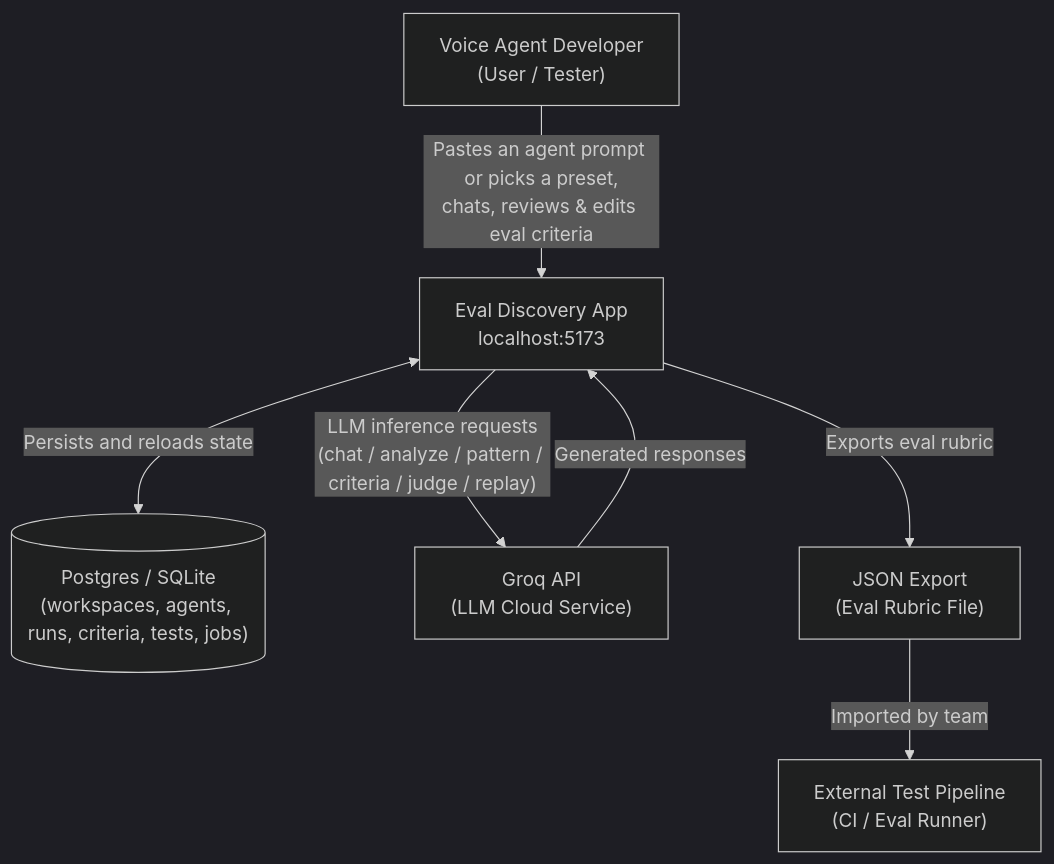
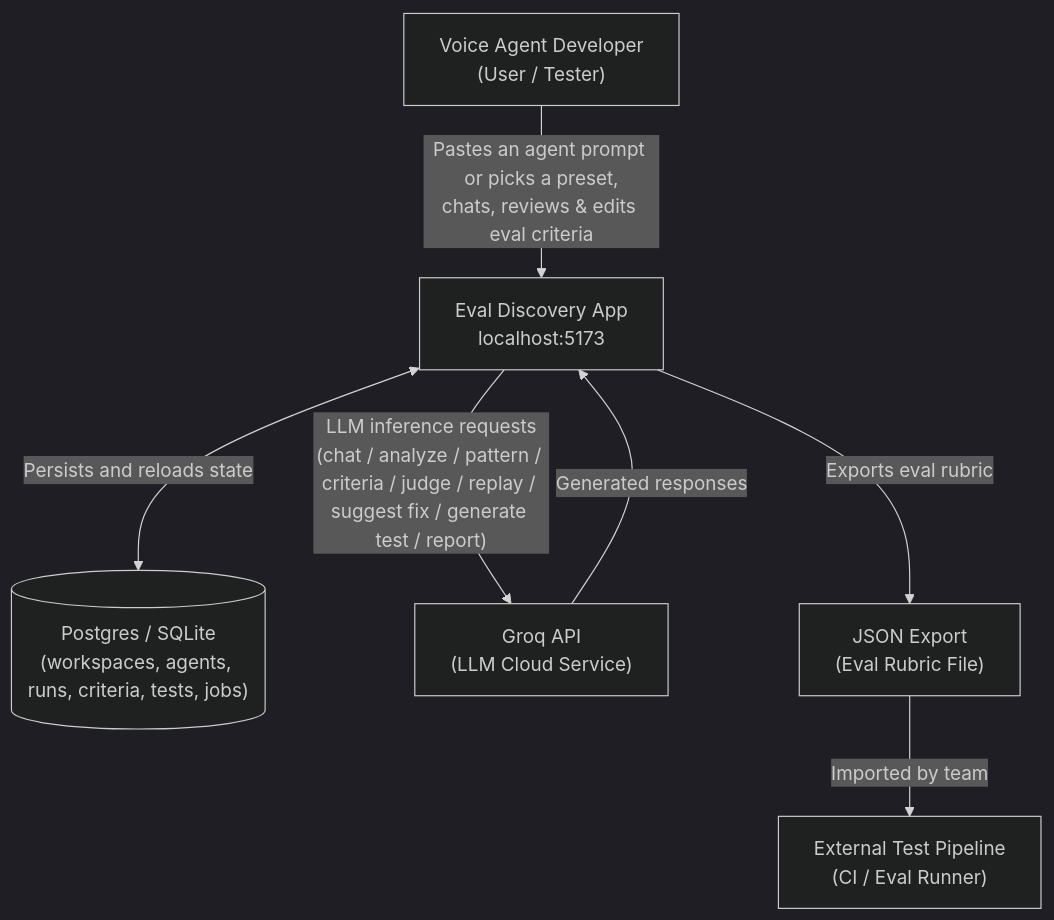
The first of 8 diagrams in docs/ARCHITECTURE.md (harikrshm/Eval-Discovery), drawn with Mermaid (dark theme) before and after one commit. The commit also changed other lines of this file and 1 other file, not shown here.

````diff
--- a/docs/ARCHITECTURE.md
+++ b/docs/ARCHITECTURE.md
@@ -48,16 +49,16 @@
 ```mermaid
 graph TB
     Dev["Voice Agent Developer<br/>(User / Tester)"]
     System["Eval Discovery App<br/>localhost:5173"]
     DB[("Postgres / SQLite<br/>(workspaces, agents, runs, criteria, tests, jobs)")]
     Groq["Groq API<br/>(LLM Cloud Service)"]
     Export["JSON Export<br/>(Eval Rubric File)"]
     TestPipeline["External Test Pipeline<br/>(CI / Eval Runner)"]
 
     Dev -->|"Pastes an agent prompt or picks a preset,<br/>chats, reviews & edits eval criteria"| System
     System <-->|"Persists and reloads state"| DB
-    System -->|"LLM inference requests<br/>(chat / analyze / pattern / criteria / judge / replay)"| Groq
+    System -->|"LLM inference requests<br/>(chat / analyze / pattern / criteria / judge / replay / suggest fix / generate test / report)"| Groq
     Groq -->|"Generated responses"| System
     System -->|"Exports eval rubric"| Export
     Export -->|"Imported by team"| TestPipeline
 ```
````
